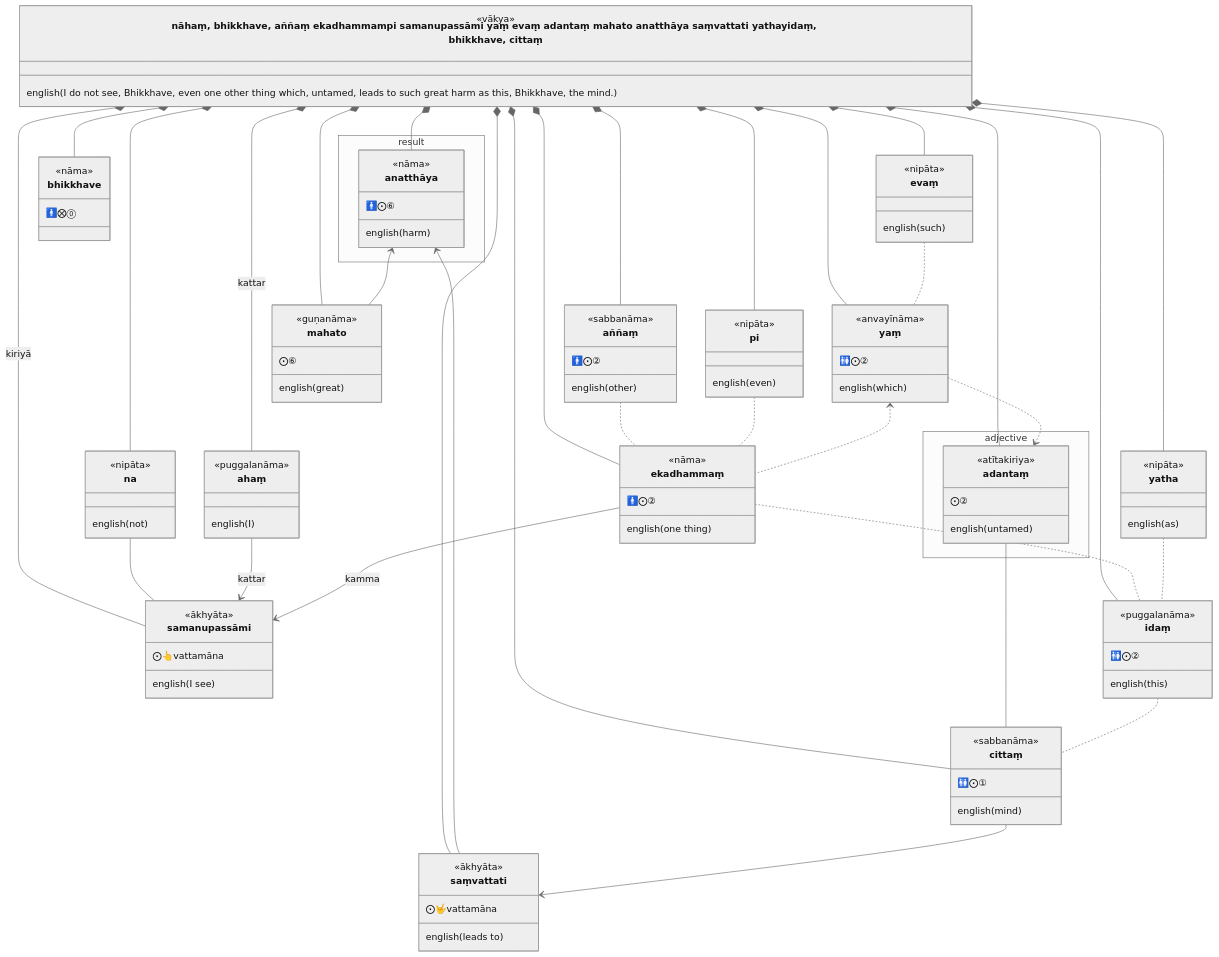
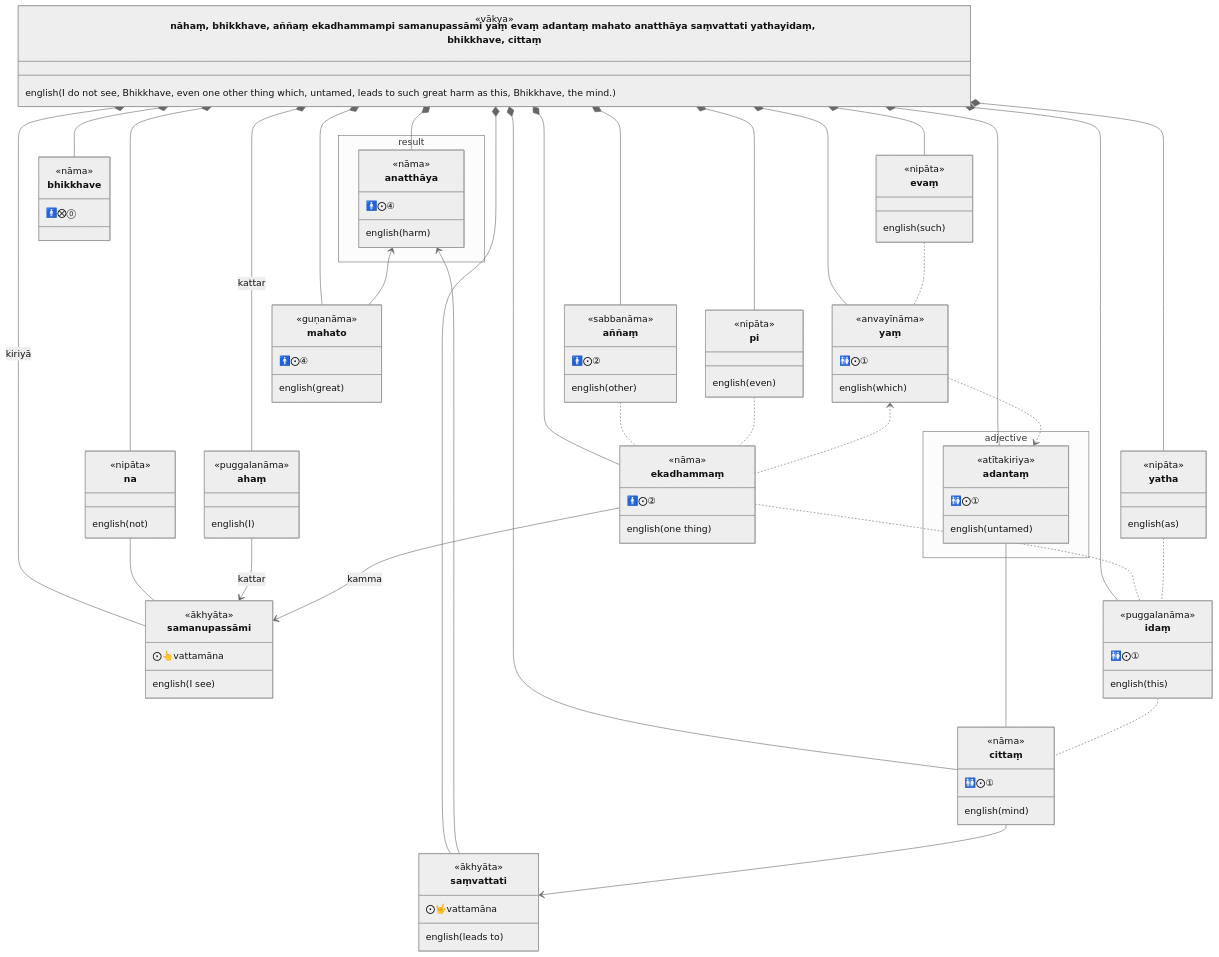
One commit to ChristineTham/buddhavacana changed the first of 5 diagrams in src/content/docs/Sutta/restraining.md. Above: the diagram before and after it, drawn with Mermaid (neutral theme). The commit also changed other lines of this file and 27 other files, not shown here.

```diff
--- a/src/content/docs/Sutta/restraining.md
+++ b/src/content/docs/Sutta/restraining.md
@@ -62,7 +62,7 @@
   }
   class yaṃ {
     <<anvayīnāma>>
-    🚻⨀②
+    🚻⨀①
     english(which)
   }
   class evaṃ {
@@ -72,19 +72,19 @@
   namespace adjective {
     class adantaṃ {
       <<atītakiriya>>
-      ⨀②
+      🚻⨀①
       english(untamed)
     }
   }
   class mahato {
     <<guṇanāma>>
-     ⨀⑥
+     🚹⨀④
     english(great)
   }
   namespace result {
     class anatthāya {
       <<nāma>>
-      🚹⨀⑥
+      🚹⨀④
       english(harm)
     }
   }
@@ -99,11 +99,11 @@
   }
   class idaṃ {
     <<puggalanāma>>
-    🚻⨀②
+    🚻⨀①
     english(this)
   }
   class cittaṃ {
-    <<sabbanāma>>
+    <<nāma>>
     🚻⨀①
     english(mind)
   }
```
